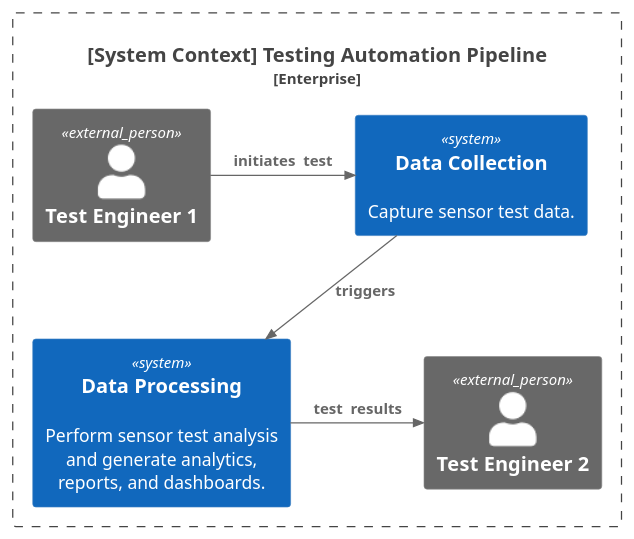
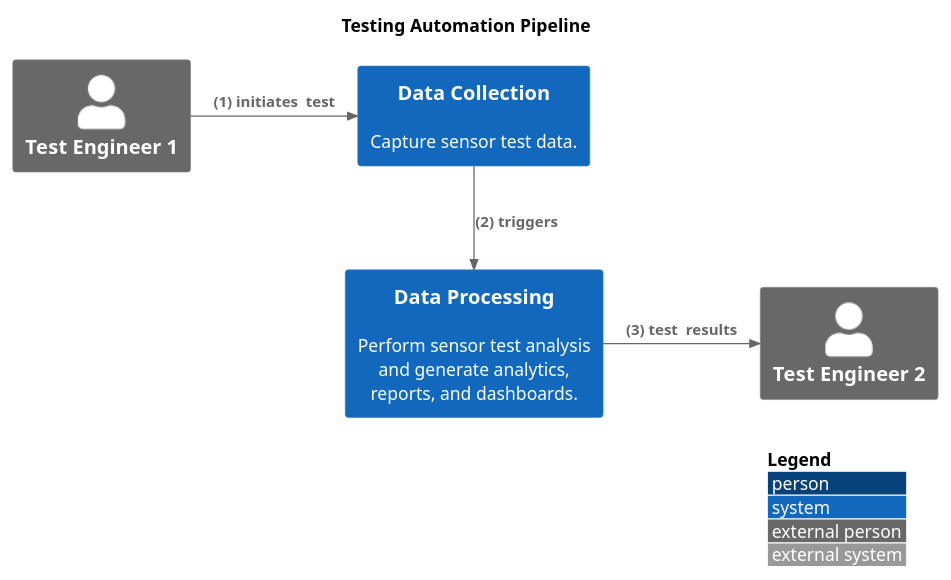
Before and after one commit to matthew-beisser/testing-automation-pipeline-3: the diagram in docs/architecture/views/system_context_diagram.plantuml, drawn with PlantUML. The commit also changed 20 other files, not shown here.

Commit message:
WIP diagram numbering

```diff
--- a/docs/architecture/views/system_context_diagram.plantuml
+++ b/docs/architecture/views/system_context_diagram.plantuml
@@ -1,19 +1,20 @@
 @startuml system_context_diagram
 !include https://raw.githubusercontent.com/plantuml-stdlib/C4-PlantUML/master/C4_Context.puml
 
+title Testing Automation Pipeline
+
+LAYOUT_WITH_LEGEND()
 LAYOUT_TOP_DOWN()
 
 ' Elements
-Enterprise_Boundary(System, "[System Context] Testing Automation Pipeline") {
-        Person_Ext(Tester, "Test Engineer 1")
-        System(DataCollection, "Data Collection", "Capture sensor test data.")
-        System(DataProcessor, "Data Processing", "Perform sensor test analysis and generate analytics, reports, and dashboards.")
-        Person_Ext(DataAnalyst, "Test Engineer 2")
-}
+Person_Ext(Tester, "Test Engineer 1")
+System(DataCollection, "Data Collection", "Capture sensor test data.")
+System(DataProcessor, "Data Processing", "Perform sensor test analysis and generate analytics, reports, and dashboards.")
+Person_Ext(DataAnalyst, "Test Engineer 2")
 
 ' Relationships
-Rel_Neighbor(Tester, DataCollection, "initiates  test")
-Rel(DataCollection, DataProcessor, "triggers")
-Rel_Neighbor(DataProcessor, DataAnalyst, "test  results")
+Rel_Neighbor(Tester, DataCollection, "(1) initiates  test")
+Rel(DataCollection, DataProcessor, "(2) triggers")
+Rel_Neighbor(DataProcessor, DataAnalyst, "(3) test  results")
 
 @enduml
```
